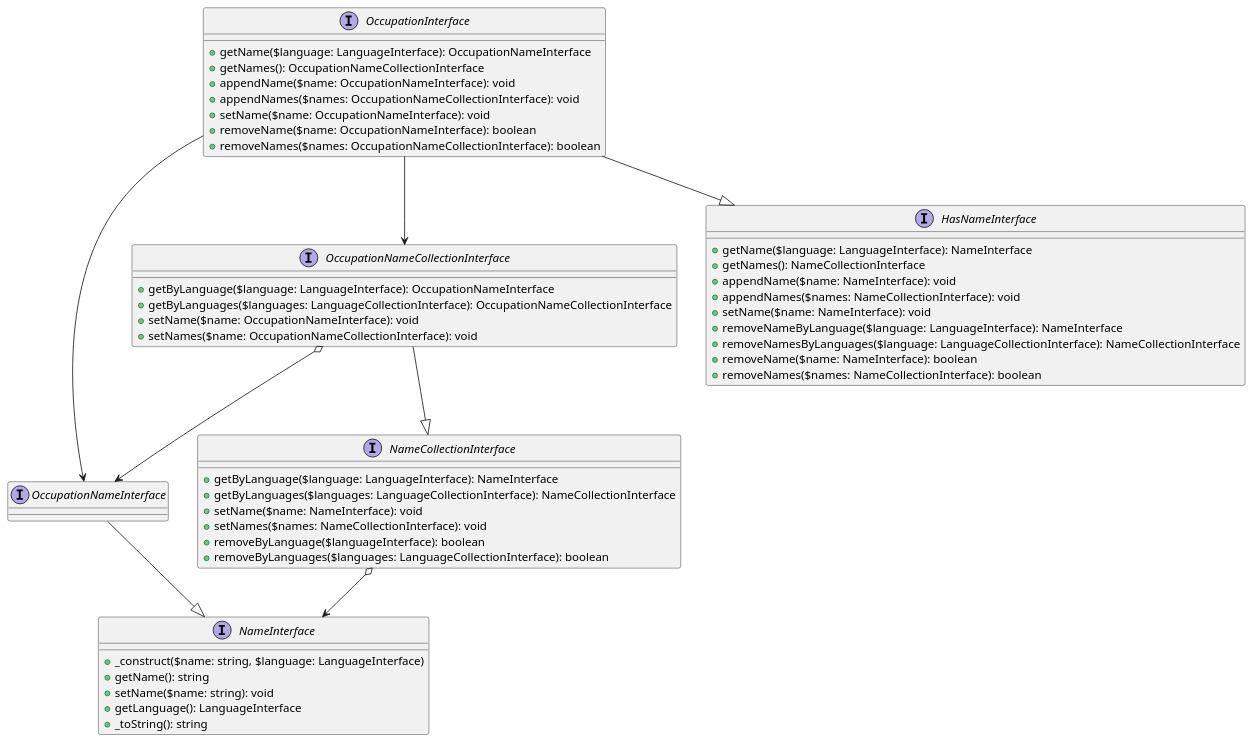
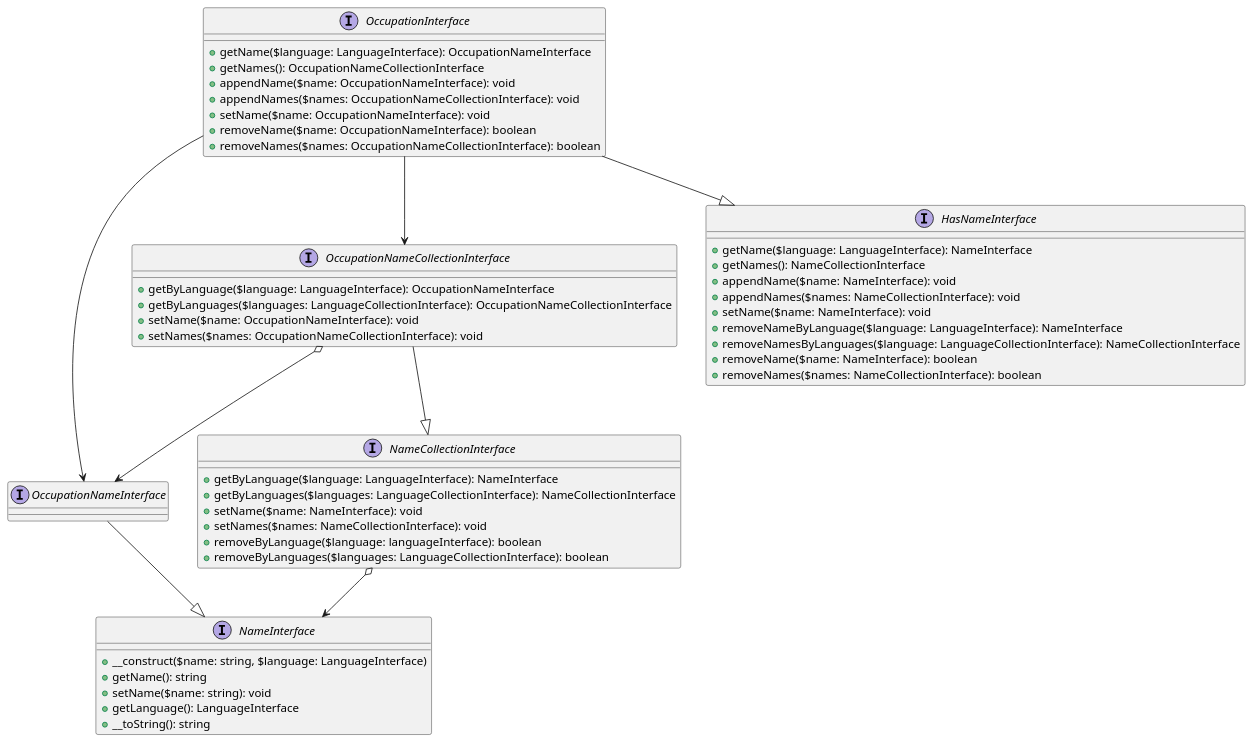
One commit to NUOCW/ocw-cms changed the diagram in doc/diagram/NUOCW/CoreBundle/Entity/Instructor/OccupationInterface.puml. Above: the diagram before and after it, drawn with PlantUML. The commit also changed 2 other files, not shown here.

```diff
--- a/doc/diagram/NUOCW/CoreBundle/Entity/Instructor/OccupationInterface.puml
+++ b/doc/diagram/NUOCW/CoreBundle/Entity/Instructor/OccupationInterface.puml
@@ -1,65 +1,65 @@
 @startuml
 
 interface OccupationNameInterface
 
 interface NameInterface {
-    +_construct($name: string, $language: LanguageInterface)
+    +__construct($name: string, $language: LanguageInterface)
     +getName(): string
     +setName($name: string): void
     +getLanguage(): LanguageInterface
-    +_toString(): string
+    +__toString(): string
 }
 
 interface OccupationInterface {
     +getName($language: LanguageInterface): OccupationNameInterface
     +getNames(): OccupationNameCollectionInterface
     +appendName($name: OccupationNameInterface): void
     +appendNames($names: OccupationNameCollectionInterface): void
     +setName($name: OccupationNameInterface): void
     +removeName($name: OccupationNameInterface): boolean
     +removeNames($names: OccupationNameCollectionInterface): boolean
 }
 
 interface OccupationNameCollectionInterface {
     +getByLanguage($language: LanguageInterface): OccupationNameInterface
     +getByLanguages($languages: LanguageCollectionInterface): OccupationNameCollectionInterface
     +setName($name: OccupationNameInterface): void
-    +setNames($name: OccupationNameCollectionInterface): void
+    +setNames($names: OccupationNameCollectionInterface): void
 }
 
 interface NameCollectionInterface {
     +getByLanguage($language: LanguageInterface): NameInterface
     +getByLanguages($languages: LanguageCollectionInterface): NameCollectionInterface
     +setName($name: NameInterface): void
     +setNames($names: NameCollectionInterface): void
-    +removeByLanguage($languageInterface): boolean
+    +removeByLanguage($language: languageInterface): boolean
     +removeByLanguages($languages: LanguageCollectionInterface): boolean
 }
 
 interface HasNameInterface {
     +getName($language: LanguageInterface): NameInterface
     +getNames(): NameCollectionInterface
     +appendName($name: NameInterface): void
     +appendNames($names: NameCollectionInterface): void
     +setName($name: NameInterface): void
     +removeNameByLanguage($language: LanguageInterface): NameInterface
     +removeNamesByLanguages($language: LanguageCollectionInterface): NameCollectionInterface
     +removeName($name: NameInterface): boolean
     +removeNames($names: NameCollectionInterface): boolean
 }
 
 OccupationInterface --|> HasNameInterface
 
 OccupationInterface --> OccupationNameInterface
 
 OccupationInterface --> OccupationNameCollectionInterface
 
 OccupationNameCollectionInterface o--> OccupationNameInterface
 
 OccupationNameInterface --|> NameInterface
 
 OccupationNameCollectionInterface --|> NameCollectionInterface
 
 NameCollectionInterface o--> NameInterface
 
 @enduml
```
